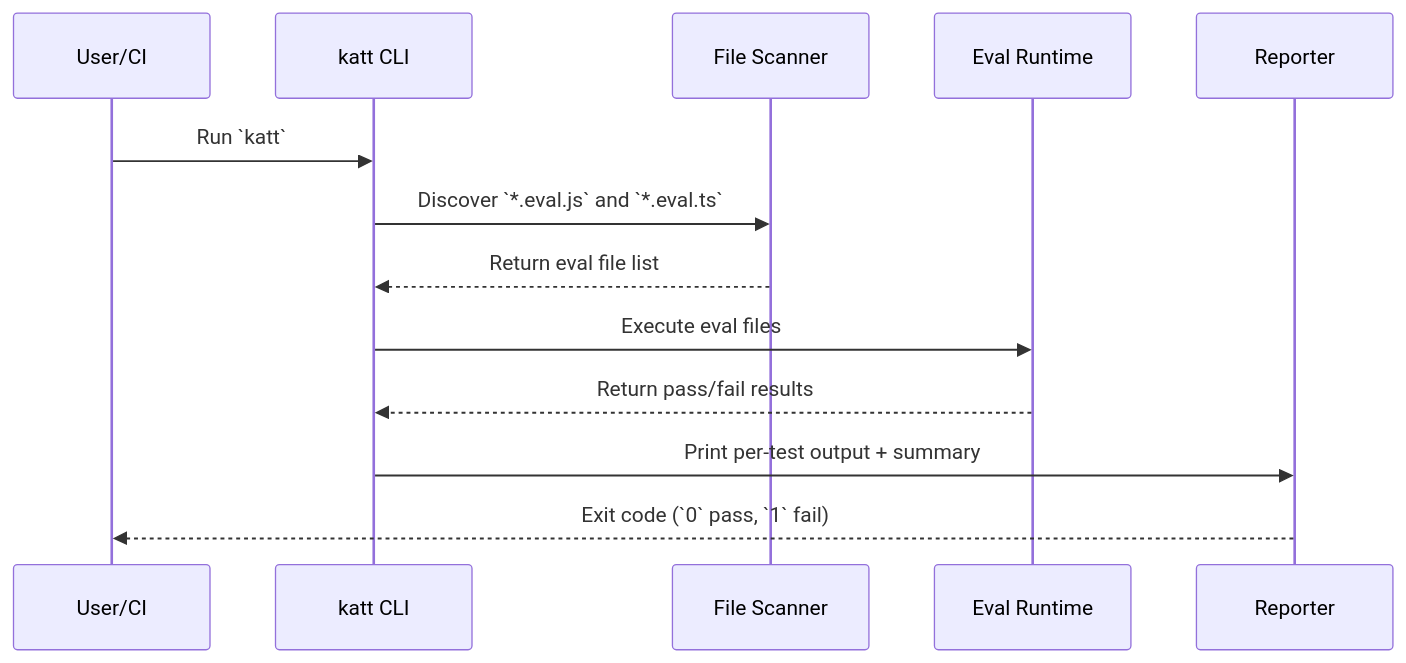
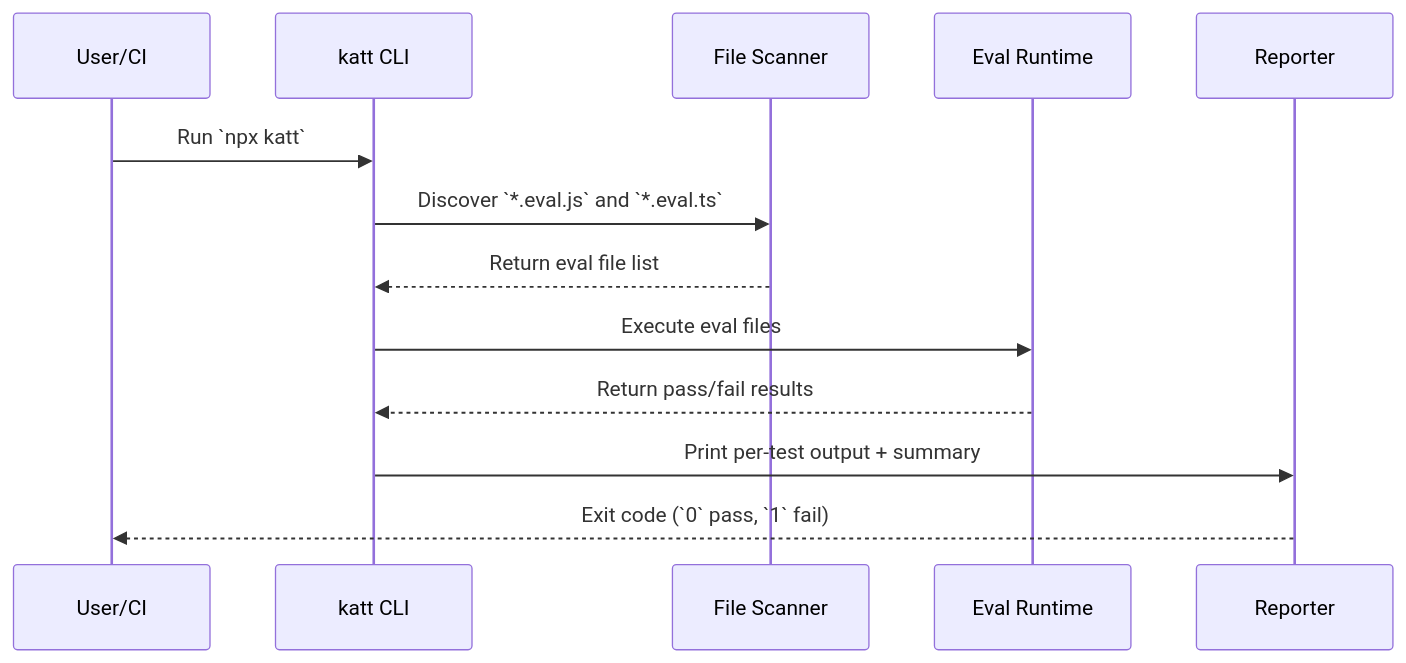
Before and after one commit to raphaelpor/katt: the first of 2 diagrams in README.md, drawn with Mermaid.

Commit message:
Use npx to run katt in README
Update the sequence diagram in README.md to show `npx katt` instead of `katt`, clarifying that the CLI can be run via npx (no global install required). This improves instructions for users running the tool directly from npm.

````diff
--- a/README.md
+++ b/README.md
@@ -203,16 +203,16 @@
 ```mermaid
 sequenceDiagram
   participant User as User/CI
   participant CLI as katt CLI
   participant FS as File Scanner
   participant Eval as Eval Runtime
   participant Report as Reporter
 
-  User->>CLI: Run `katt`
+  User->>CLI: Run `npx katt`
   CLI->>FS: Discover `*.eval.js` and `*.eval.ts`
   FS-->>CLI: Return eval file list
   CLI->>Eval: Execute eval files
   Eval-->>CLI: Return pass/fail results
   CLI->>Report: Print per-test output + summary
   Report-->>User: Exit code (`0` pass, `1` fail)
 ```
````
